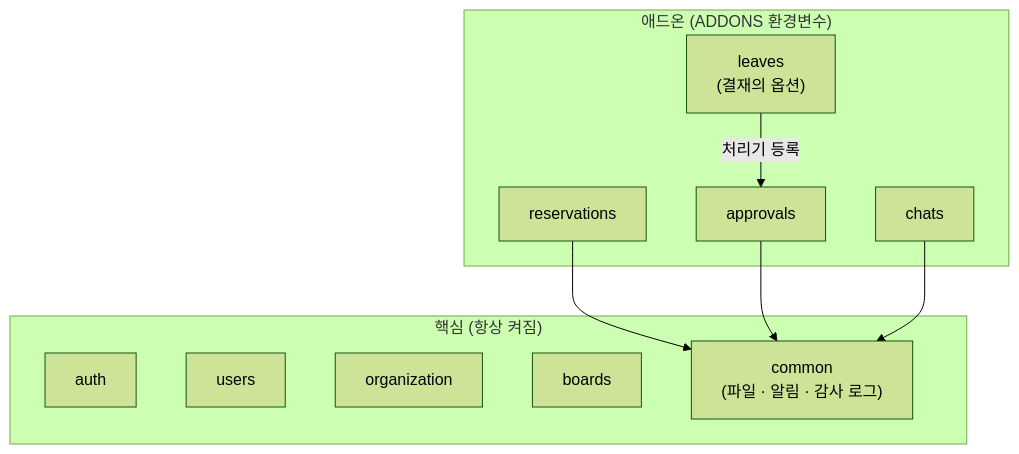
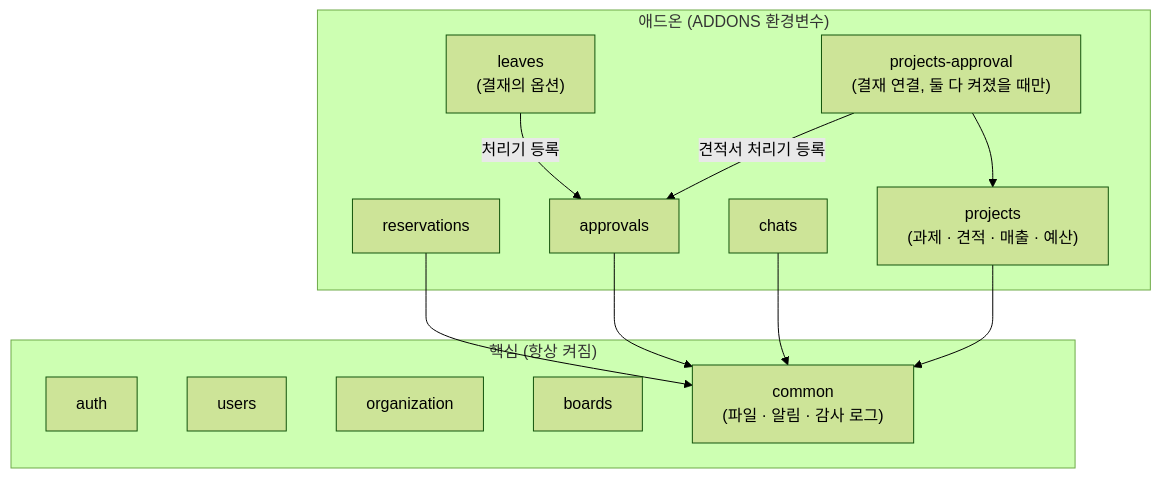
One commit to hyunw0517/intranet changed the second of 2 diagrams in README.md. Above: the diagram before and after it, drawn with Mermaid (forest theme). The commit also changed other lines of this file and 2 other files, not shown here.

````diff
--- a/README.md
+++ b/README.md
@@ -118,19 +119,24 @@
 ```mermaid
 flowchart TB
     subgraph Core["핵심 (항상 켜짐)"]
         auth & users & organization & boards
         common["common<br/>(파일 · 알림 · 감사 로그)"]
     end
 
     subgraph Addons["애드온 (ADDONS 환경변수)"]
         reservations
         approvals
         leaves["leaves<br/>(결재의 옵션)"]
         chats
+        projects["projects<br/>(과제 · 견적 · 매출 · 예산)"]
+        projectsApproval["projects-approval<br/>(결재 연결, 둘 다 켜졌을 때만)"]
     end
 
     reservations --> common
     approvals --> common
     chats --> common
+    projects --> common
     leaves -->|처리기 등록| approvals
+    projectsApproval --> projects
+    projectsApproval -->|견적서 처리기 등록| approvals
 ```
````
